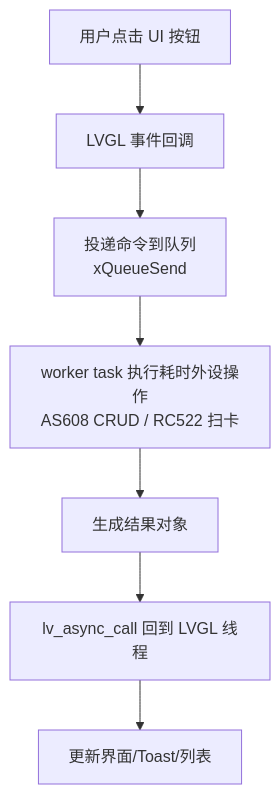
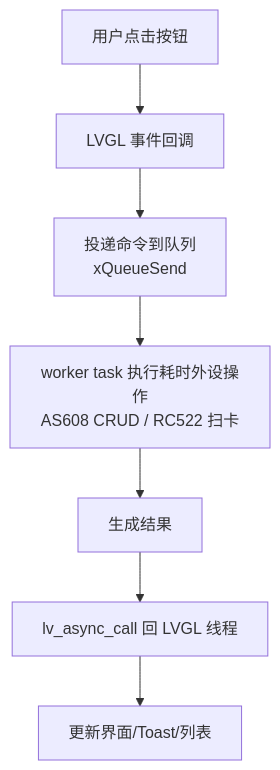
One commit to 2376854787/SmartLock changed the second of 2 diagrams in docs/developer-guide/modules/ui-lock.md. Above: the diagram before and after it, drawn with Mermaid. The commit also changed other lines of this file and 22 other files, not shown here.

````diff
--- a/docs/developer-guide/modules/ui-lock.md
+++ b/docs/developer-guide/modules/ui-lock.md
@@ -36,9 +38,9 @@
 ```mermaid
 flowchart TD
-  U[用户点击 UI 按钮] --> E[LVGL 事件回调]
-  E --> Q[投递命令到队列<br/>xQueueSend]
+  UI[用户点击按钮] --> EV[LVGL 事件回调]
+  EV --> Q[投递命令到队列<br/>xQueueSend]
   Q --> W[worker task 执行耗时外设操作<br/>AS608 CRUD / RC522 扫卡]
-  W --> R[生成结果对象]
-  R --> A[lv_async_call 回到 LVGL 线程]
-  A --> UI[更新界面/Toast/列表]
+  W --> R[生成结果]
+  R --> A[lv_async_call 回 LVGL 线程]
+  A --> UI2[更新界面/Toast/列表]
 ```
````
